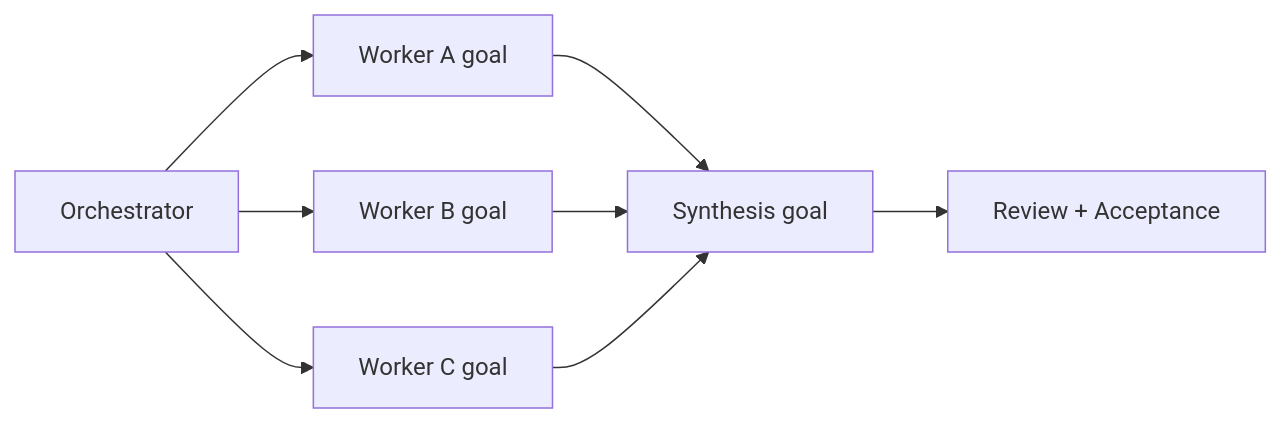
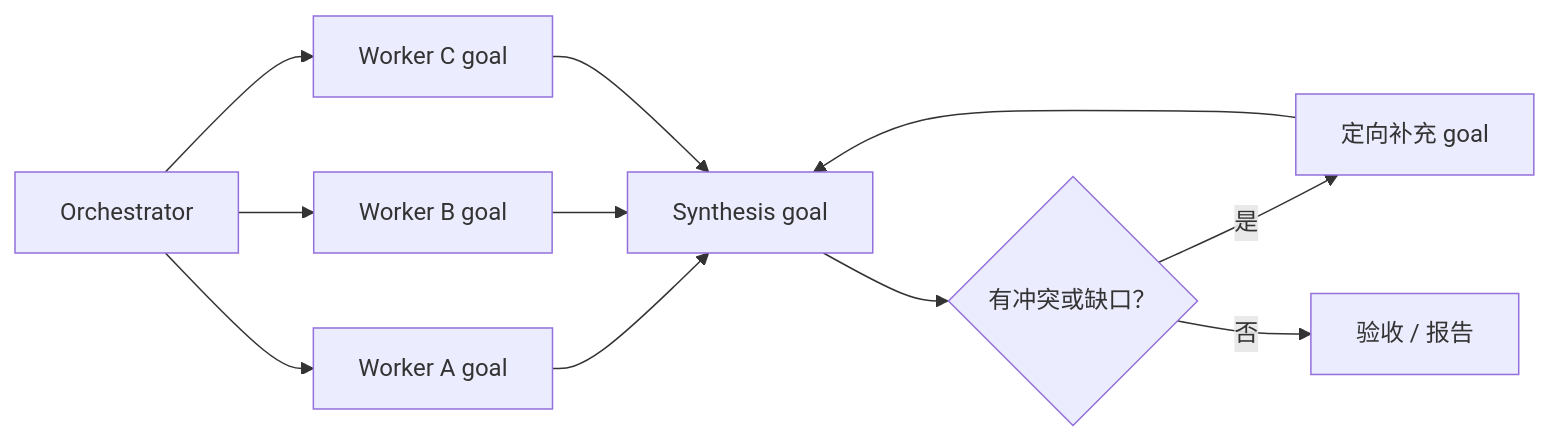
One commit to patrick-fu/parallel-goal-workflows changed the second of 4 diagrams in README.zh-CN.md. Above: the diagram before and after it, drawn with Mermaid. The commit also changed other lines of this file and 1 other file, not shown here.

First line of the commit message:
Simplify standalone workflow shape diagrams

````diff
--- a/README.zh-CN.md
+++ b/README.zh-CN.md
@@ -74,10 +74,13 @@
 ```mermaid
 flowchart LR
   O["Orchestrator"] --> A["Worker A goal"]
   O --> B["Worker B goal"]
   O --> C["Worker C goal"]
   A --> S["Synthesis goal"]
   B --> S
   C --> S
-  S --> R["Review + Acceptance"]
+  S --> Decision{"有冲突或缺口？"}
+  Decision -- "是" --> Followup["定向补充 goal"]
+  Followup --> S
+  Decision -- "否" --> Acceptance["验收 / 报告"]
 ```
````
